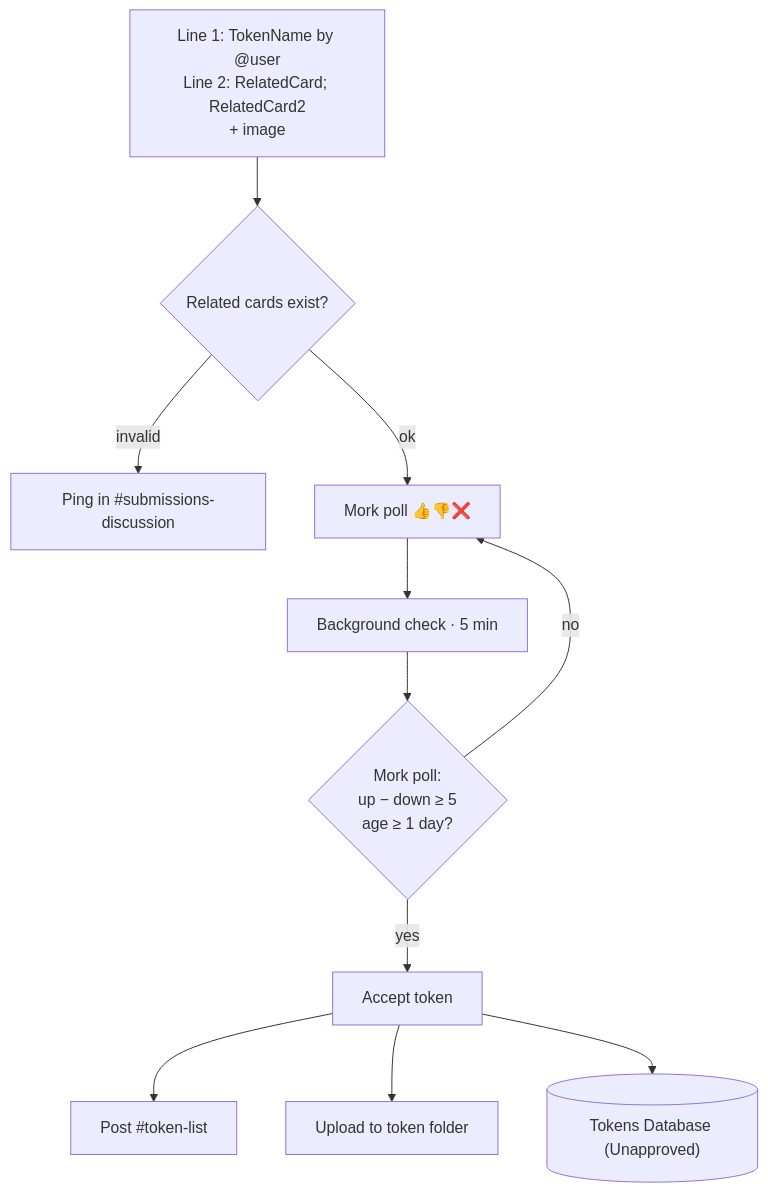
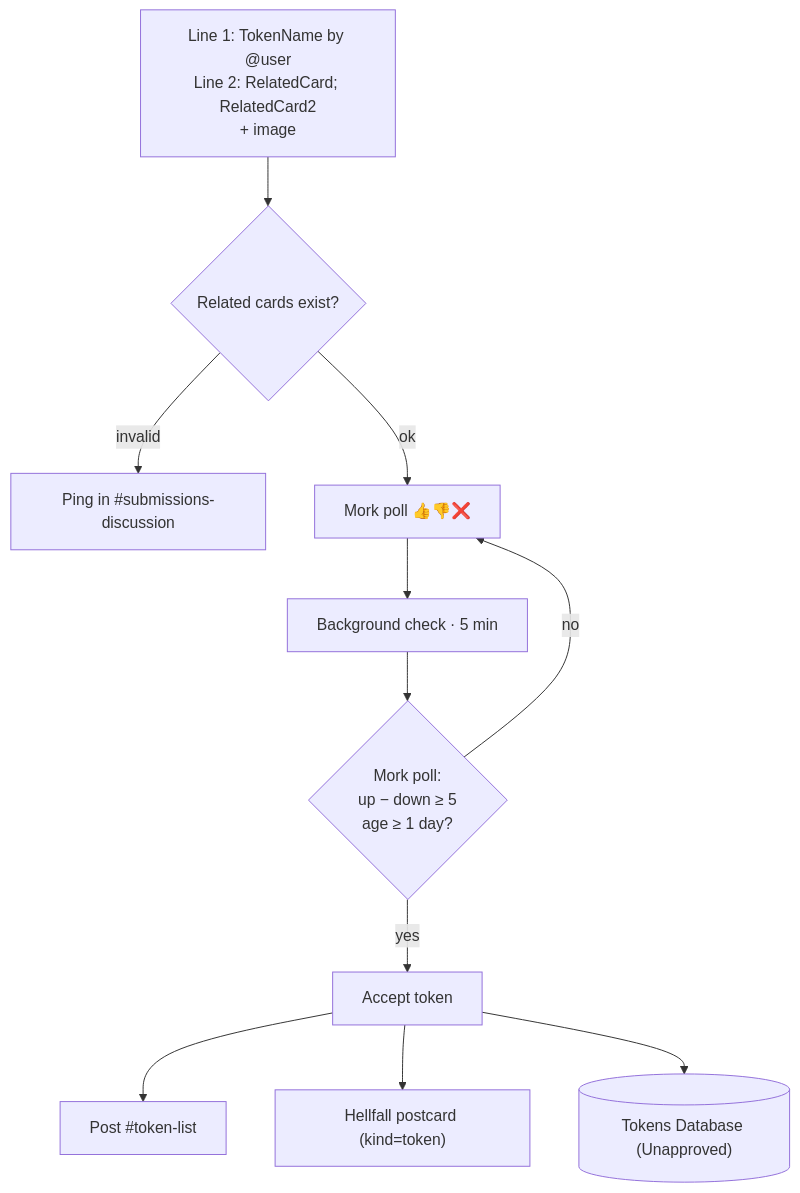
One commit to bones-bones/mork changed the fourth of 6 diagrams in docs/card-flows/submissions.md. Above: the diagram before and after it, drawn with Mermaid. The commit also changed 4 other files, not shown here.

````diff
--- a/docs/card-flows/submissions.md
+++ b/docs/card-flows/submissions.md
@@ -120,13 +120,13 @@
 ```mermaid
 flowchart TD
   U["Line 1: TokenName by @user<br/>Line 2: RelatedCard; RelatedCard2<br/>+ image"] --> VAL{"Related cards exist?"}
   VAL -->|invalid| STOP["Ping in #submissions-discussion"]
   VAL -->|ok| POLL["Mork poll 👍👎❌"]
   POLL --> LOOP["Background check · 5 min"]
   LOOP --> CHK{"Mork poll:<br/>up − down ≥ 5<br/>age ≥ 1 day?"}
   CHK -->|no| POLL
   CHK -->|yes| ACC["Accept token"]
   ACC --> CL["Post #token-list"]
-  ACC --> DRV["Upload to token folder"]
+  ACC --> HF["Hellfall postcard (kind=token)"]
   ACC --> SH[("Tokens Database (Unapproved)")]
 ```
````
